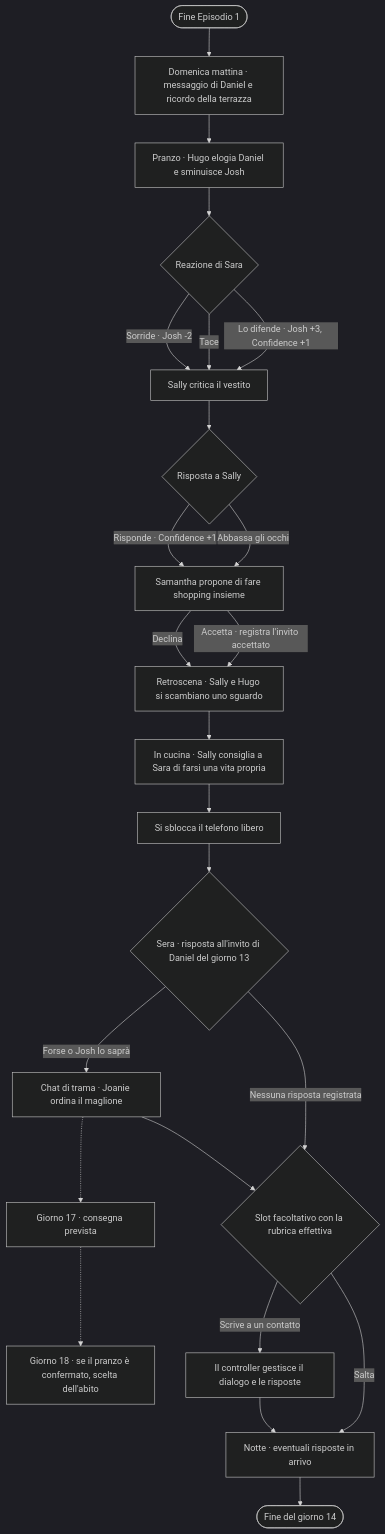
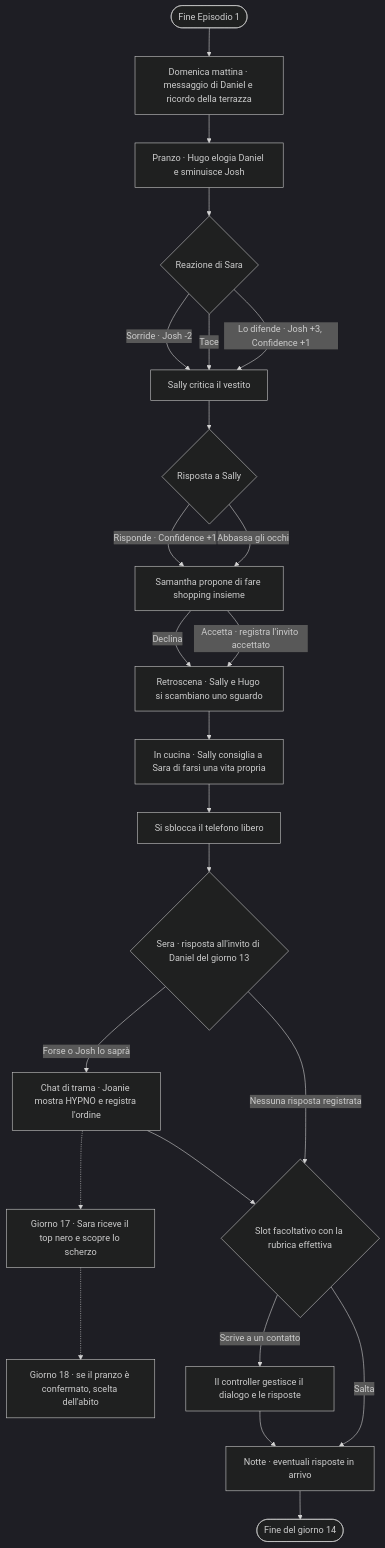
One commit to jodypadulano-svg/The-thin-line changed the second of 5 diagrams in docs/grafo.md. Above: the diagram before and after it, drawn with Mermaid (dark theme). The commit also changed other lines of this file and 71 other files, not shown here.

````diff
--- a/docs/grafo.md
+++ b/docs/grafo.md
@@ -133,26 +133,26 @@
 ```mermaid
 flowchart TD
     E1([Fine Episodio 1]) --> M["Domenica mattina · messaggio di Daniel e ricordo della terrazza"]
     M --> P["Pranzo · Hugo elogia Daniel e sminuisce Josh"]
     P --> Q{Reazione di Sara}
     Q -->|Lo difende · Josh +3, Confidence +1| V["Sally critica il vestito"]
     Q -->|Tace| V
     Q -->|Sorride · Josh -2| V
     V --> R{Risposta a Sally}
     R -->|Abbassa gli occhi| S["Samantha propone di fare shopping insieme"]
     R -->|Risponde · Confidence +1| S
     S -->|Accetta · registra l'invito accettato| H["Retroscena · Sally e Hugo si scambiano uno sguardo"]
     S -->|Declina| H
     H --> C["In cucina · Sally consiglia a Sara di farsi una vita propria"]
     C --> T["Si sblocca il telefono libero"]
     T --> J{"Sera · risposta all'invito di Daniel del giorno 13"}
-    J -->|Forse o Josh lo saprà| O["Chat di trama · Joanie ordina il maglione"]
+    J -->|Forse o Josh lo saprà| O["Chat di trama · Joanie mostra HYPNO e registra l'ordine"]
     J -->|Nessuna risposta registrata| F{"Slot facoltativo con la rubrica effettiva"}
     O --> F
-    O -.-> K["Giorno 17 · consegna prevista"]
+    O -.-> K["Giorno 17 · Sara riceve il top nero e scopre lo scherzo"]
     K -.-> L["Giorno 18 · se il pranzo è confermato, scelta dell'abito"]
     F -->|Scrive a un contatto| A["Il controller gestisce il dialogo e le risposte"]
     F -->|Salta| N["Notte · eventuali risposte in arrivo"]
     A --> N
     N --> G([Fine del giorno 14])
 ```
````
